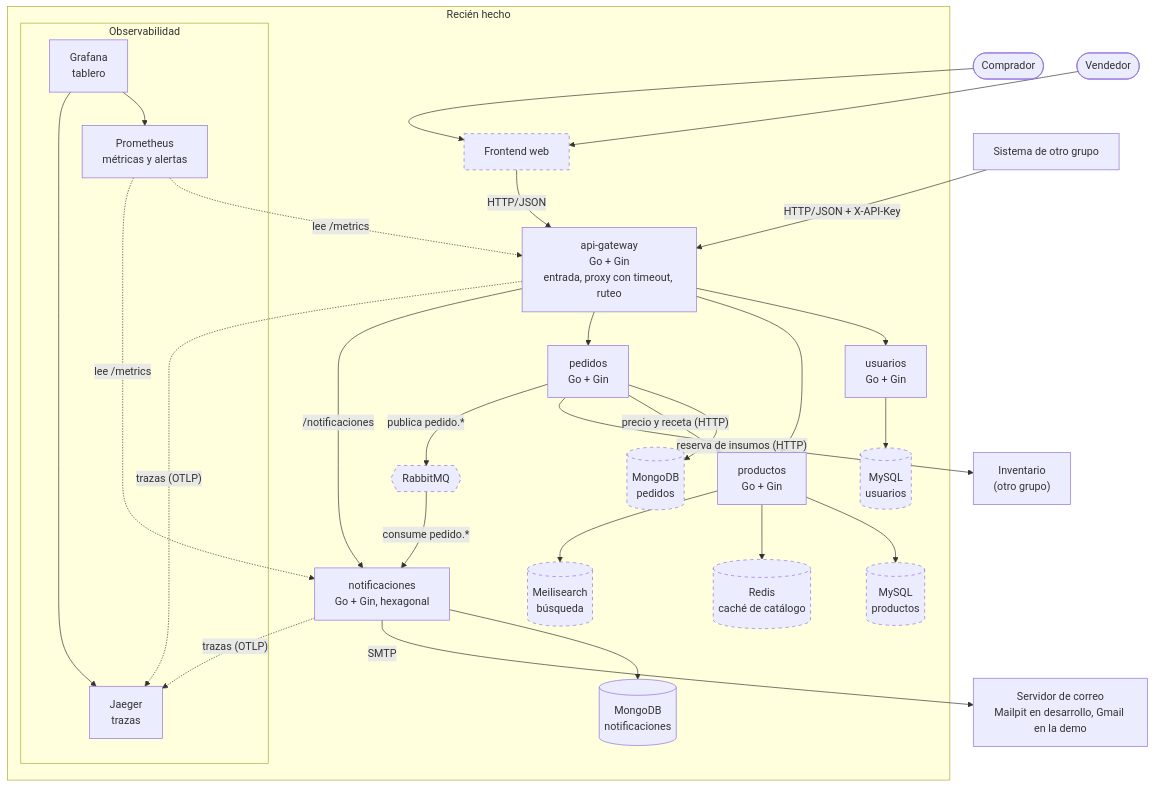
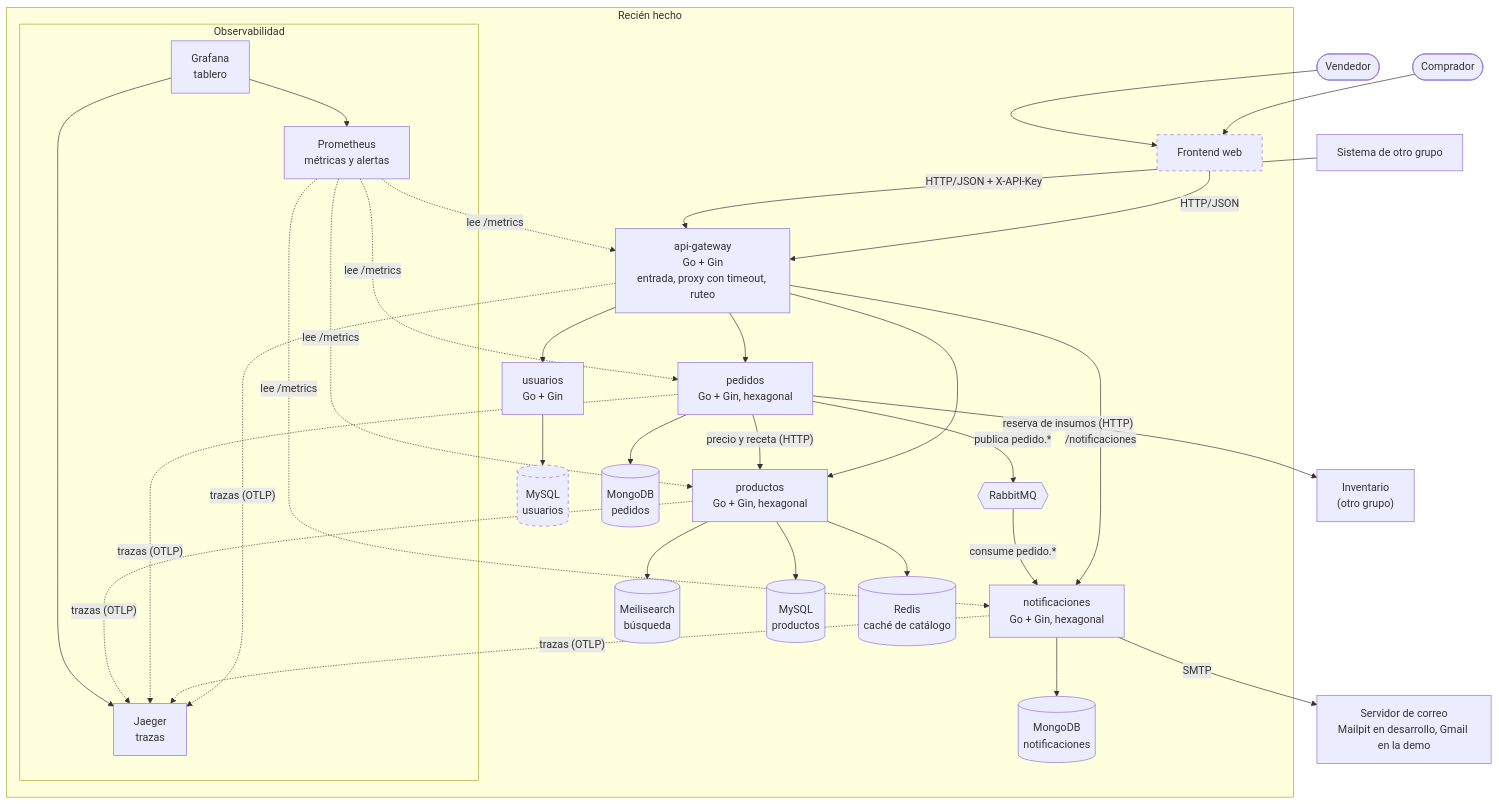
The second of 3 diagrams in docs/ARCHITECTURE.md (mariavlindonc/recienhechoapp), drawn with Mermaid before and after one commit. The commit also changed other lines of this file and 9 other files, not shown here.

````diff
--- a/docs/ARCHITECTURE.md
+++ b/docs/ARCHITECTURE.md
@@ -35,60 +35,64 @@
 ```mermaid
 flowchart TB
     comprador(["Comprador"])
     vendedor(["Vendedor"])
     consumidor["Sistema de otro grupo"]
 
     subgraph rh["Recién hecho"]
         frontend["Frontend web"]
         gateway["api-gateway<br/>Go + Gin<br/>entrada, proxy con timeout, ruteo"]
         usuarios["usuarios<br/>Go + Gin"]
-        productos["productos<br/>Go + Gin"]
-        pedidos["pedidos<br/>Go + Gin"]
+        productos["productos<br/>Go + Gin, hexagonal"]
+        pedidos["pedidos<br/>Go + Gin, hexagonal"]
         notificaciones["notificaciones<br/>Go + Gin, hexagonal"]
         busqueda[("Meilisearch<br/>búsqueda")]
         myU[("MySQL<br/>usuarios")]
         myP[("MySQL<br/>productos")]
         redis[("Redis<br/>caché de catálogo")]
         mongoPed[("MongoDB<br/>pedidos")]
         mongoNot[("MongoDB<br/>notificaciones")]
         rabbit{{"RabbitMQ"}}
 
         subgraph obs["Observabilidad"]
             jaeger["Jaeger<br/>trazas"]
             prometheus["Prometheus<br/>métricas y alertas"]
             grafana["Grafana<br/>tablero"]
         end
     end
 
     inventario["Inventario<br/>(otro grupo)"]
     correo["Servidor de correo<br/>Mailpit en desarrollo, Gmail en la demo"]
 
     comprador --> frontend
     vendedor --> frontend
     frontend -- "HTTP/JSON" --> gateway
     consumidor -- "HTTP/JSON + X-API-Key" --> gateway
     gateway --> usuarios
     gateway --> productos
     gateway --> pedidos
     gateway -- "/notificaciones" --> notificaciones
     usuarios --> myU
     productos --> myP
     productos --> redis
     productos --> busqueda
     pedidos --> mongoPed
     pedidos -- "precio y receta (HTTP)" --> productos
     pedidos -- "reserva de insumos (HTTP)" --> inventario
     pedidos -- "publica pedido.*" --> rabbit
     rabbit -- "consume pedido.*" --> notificaciones
     notificaciones --> mongoNot
     notificaciones -- "SMTP" --> correo
     gateway -. "trazas (OTLP)" .-> jaeger
     notificaciones -. "trazas (OTLP)" .-> jaeger
+    pedidos -. "trazas (OTLP)" .-> jaeger
+    productos -. "trazas (OTLP)" .-> jaeger
     prometheus -. "lee /metrics" .-> gateway
     prometheus -. "lee /metrics" .-> notificaciones
+    prometheus -. "lee /metrics" .-> pedidos
+    prometheus -. "lee /metrics" .-> productos
     grafana --> prometheus
     grafana --> jaeger
 
     classDef propuesto stroke-dasharray: 5 5
-    class frontend,busqueda,myU,myP,redis,mongoPed,rabbit propuesto
+    class frontend,myU propuesto
 ```
````
